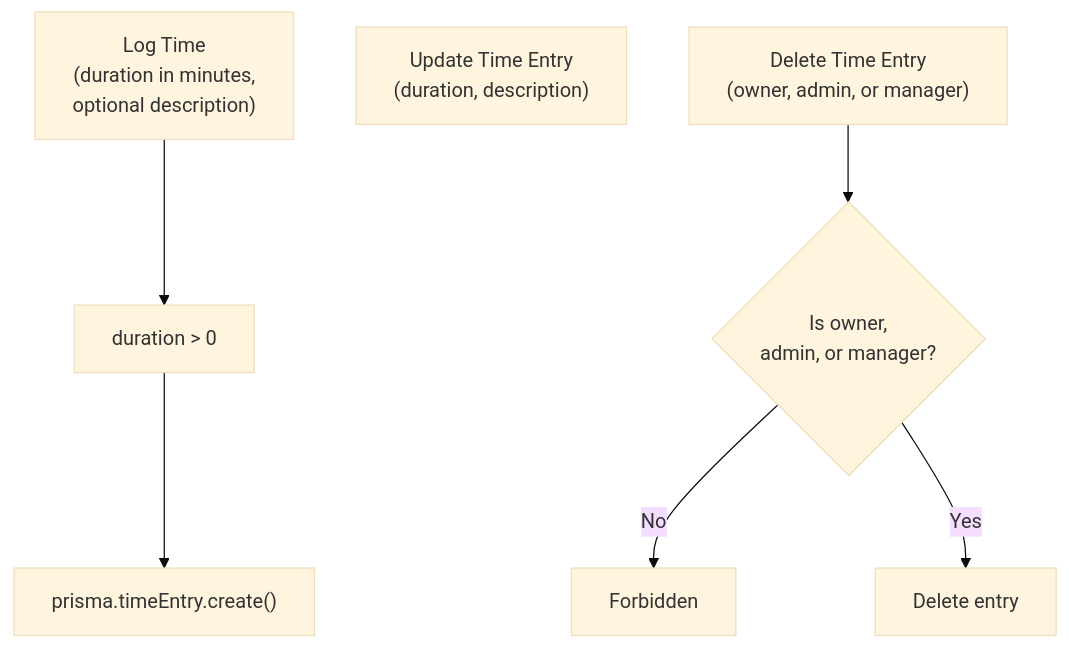
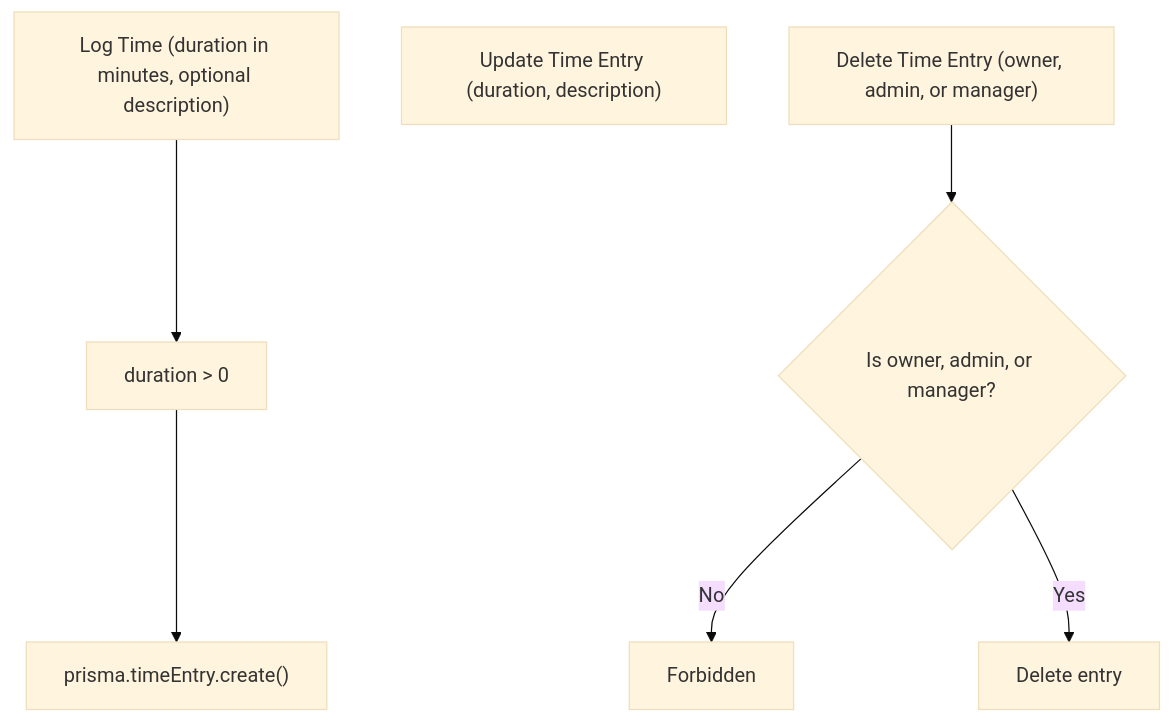
The ninth of 10 diagrams in docs/05-task-management.md (asefahmed500/Smart-Task-App_IIT_DU_Final_Project), drawn with Mermaid (base theme) before and after one commit. The commit also changed other lines of this file and 8 other files, not shown here.

Commit message:
fix: remove br tags from mermaid diagrams for GitHub rendering

````diff
--- a/docs/05-task-management.md
+++ b/docs/05-task-management.md
@@ -312,12 +312,12 @@
 ```mermaid
 flowchart TD
-    LOG["Log Time<br/>(duration in minutes,<br/>optional description)"]
-    UPDATE["Update Time Entry<br/>(duration, description)"]
-    DELETE["Delete Time Entry<br/>(owner, admin, or manager)"]
+    LOG["Log Time (duration in minutes, optional description)"]
+    UPDATE["Update Time Entry (duration, description)"]
+    DELETE["Delete Time Entry (owner, admin, or manager)"]
 
     LOG --> VALIDATE["duration > 0"]
     VALIDATE --> CREATE["prisma.timeEntry.create()"]
-    DELETE --> OWNER_CHECK{"Is owner,<br/>admin, or manager?"}
+    DELETE --> OWNER_CHECK{"Is owner, admin, or manager?"}
     OWNER_CHECK -->|No| ERR["Forbidden"]
     OWNER_CHECK -->|Yes| DEL["Delete entry"]
 ```
````
